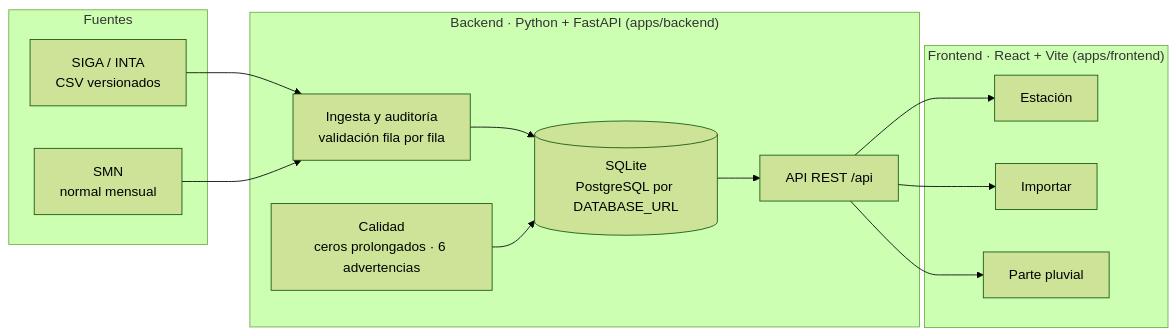
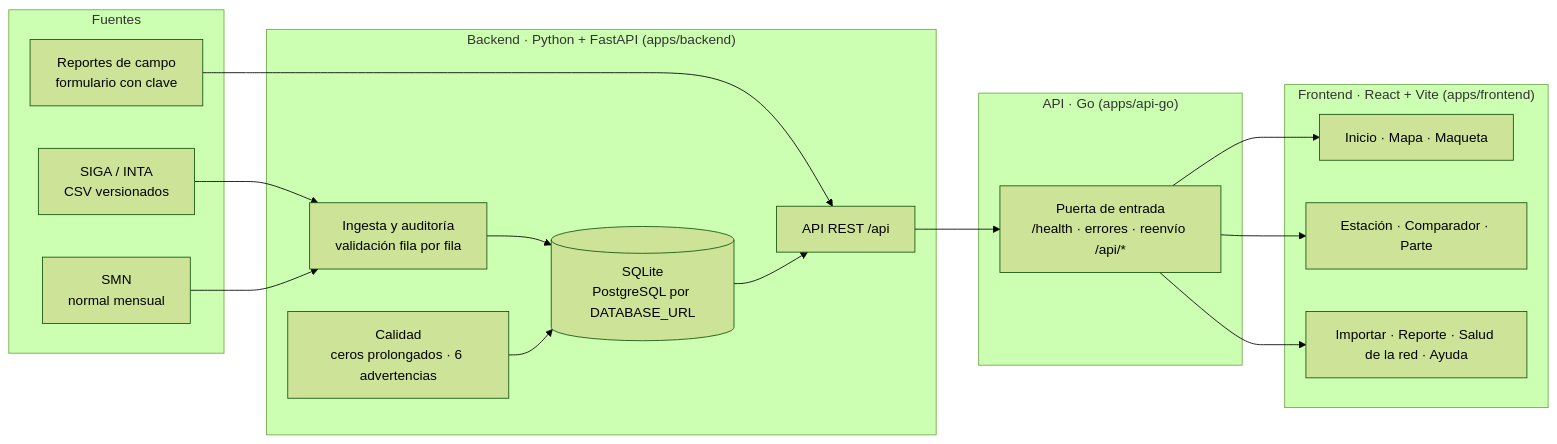
One commit to tomascenturion895-prog/PLUVIFOR changed the diagram in docs/entrega/ficha-tecnica.md. Above: the diagram before and after it, drawn with Mermaid (forest theme). The commit also changed other lines of this file, not shown here.

Commit message:
docs: ficha técnica al día con el estado real después del Sprint 2 (SCRUM-59)

````diff
--- a/docs/entrega/ficha-tecnica.md
+++ b/docs/entrega/ficha-tecnica.md
@@ -15,26 +15,32 @@
 ```mermaid
 flowchart LR
     subgraph Fuentes
         S1[SIGA / INTA<br/>CSV versionados]
         S2[SMN<br/>normal mensual]
+        S3[Reportes de campo<br/>formulario con clave]
+    end
+    subgraph Go["API · Go (apps/api-go)"]
+        G[Puerta de entrada<br/>/health · errores · reenvío /api/*]
     end
     subgraph Backend["Backend · Python + FastAPI (apps/backend)"]
         I[Ingesta y auditoría<br/>validación fila por fila]
         Q[Calidad<br/>ceros prolongados · 6 advertencias]
         A[API REST /api]
         DB[(SQLite<br/>PostgreSQL por DATABASE_URL)]
     end
     subgraph Frontend["Frontend · React + Vite (apps/frontend)"]
-        P1[Estación]
-        P2[Importar]
-        P3[Parte pluvial]
+        P1[Inicio · Mapa · Maqueta]
+        P2[Estación · Comparador · Parte]
+        P3[Importar · Reporte · Salud de la red · Ayuda]
     end
     S1 --> I
     S2 --> I
+    S3 --> A
     I --> DB
     Q --> DB
     DB --> A
-    A --> P1
-    A --> P2
-    A --> P3
+    A --> G
+    G --> P1
+    G --> P2
+    G --> P3
 ```
````
